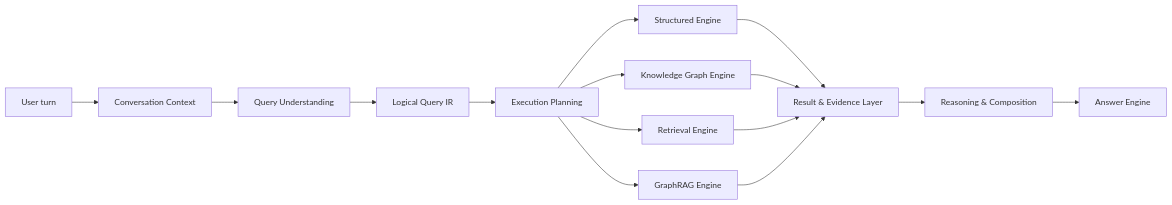
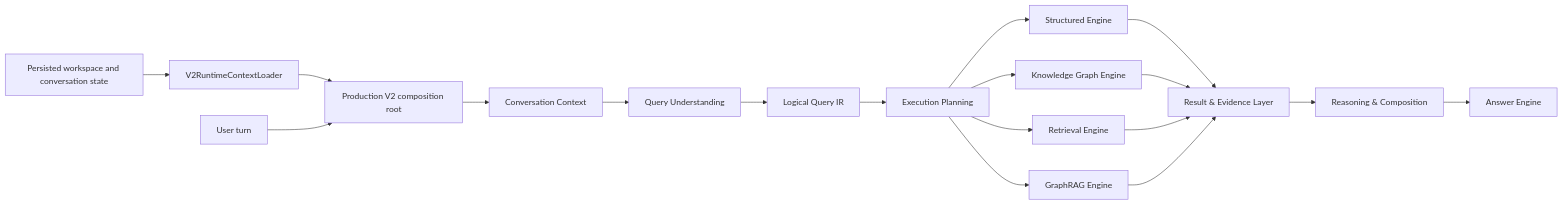
One commit to ata-turkoglu/cortex changed the diagram in docs/architecture/query-v2/query-runtime.md. Above: the diagram before and after it, drawn with Mermaid. The commit also changed other lines of this file and 16 other files, not shown here.

Commit message:
docs: document Query V2 production architecture

````diff
--- a/docs/architecture/query-v2/query-runtime.md
+++ b/docs/architecture/query-v2/query-runtime.md
@@ -5,17 +33,20 @@
 ```mermaid
 flowchart LR
-    U[User turn] --> C[Conversation Context]
+    PS[Persisted workspace and conversation state] --> L[V2RuntimeContextLoader]
+    L --> F[Production V2 composition root]
+    U[User turn] --> F
+    F --> C[Conversation Context]
     C --> Q[Query Understanding]
     Q --> I[Logical Query IR]
     I --> P[Execution Planning]
     P --> S[Structured Engine]
     P --> K[Knowledge Graph Engine]
     P --> R[Retrieval Engine]
     P --> G[GraphRAG Engine]
     S --> E[Result & Evidence Layer]
     K --> E
     R --> E
     G --> E
     E --> RC[Reasoning & Composition]
     RC --> A[Answer Engine]
 ```
````
